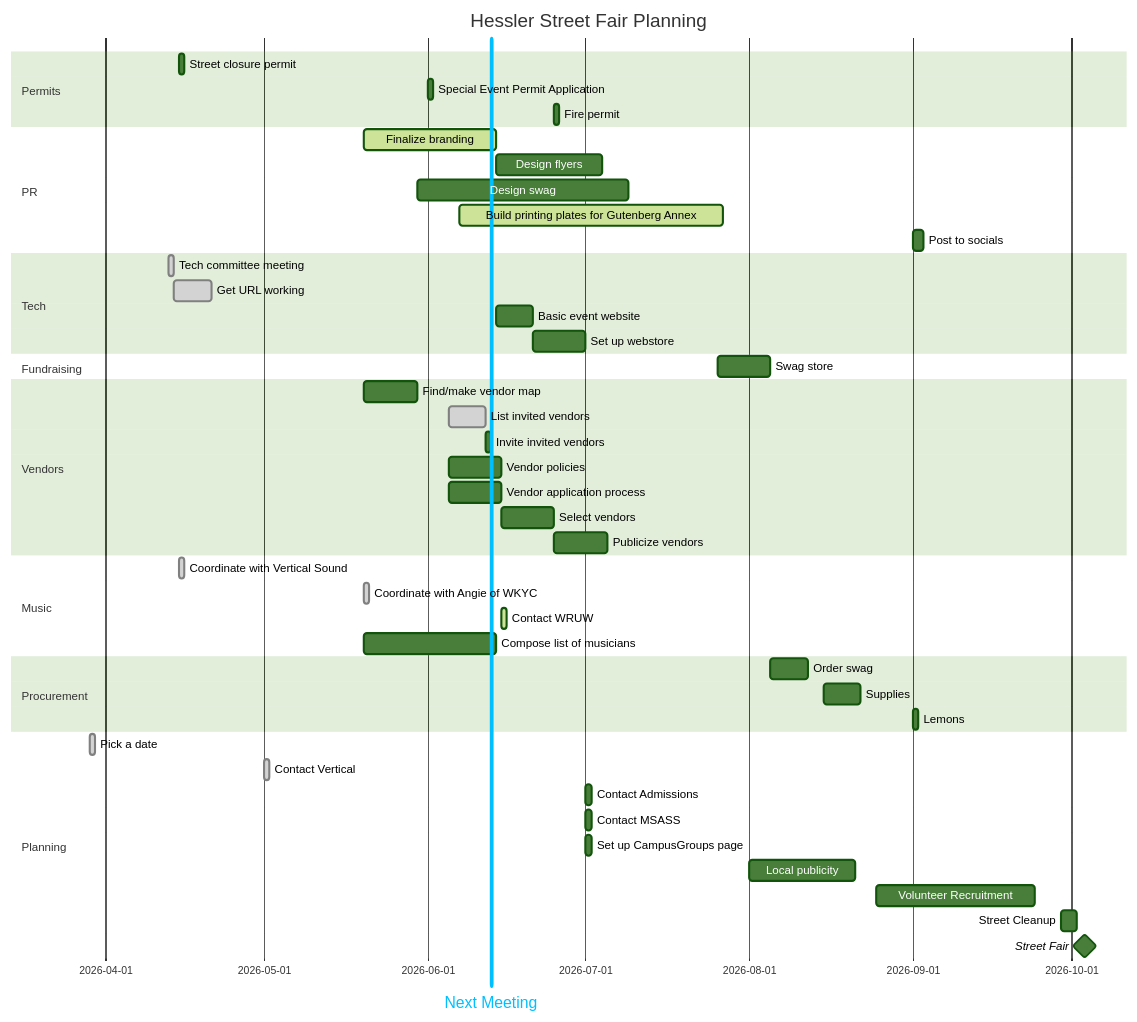
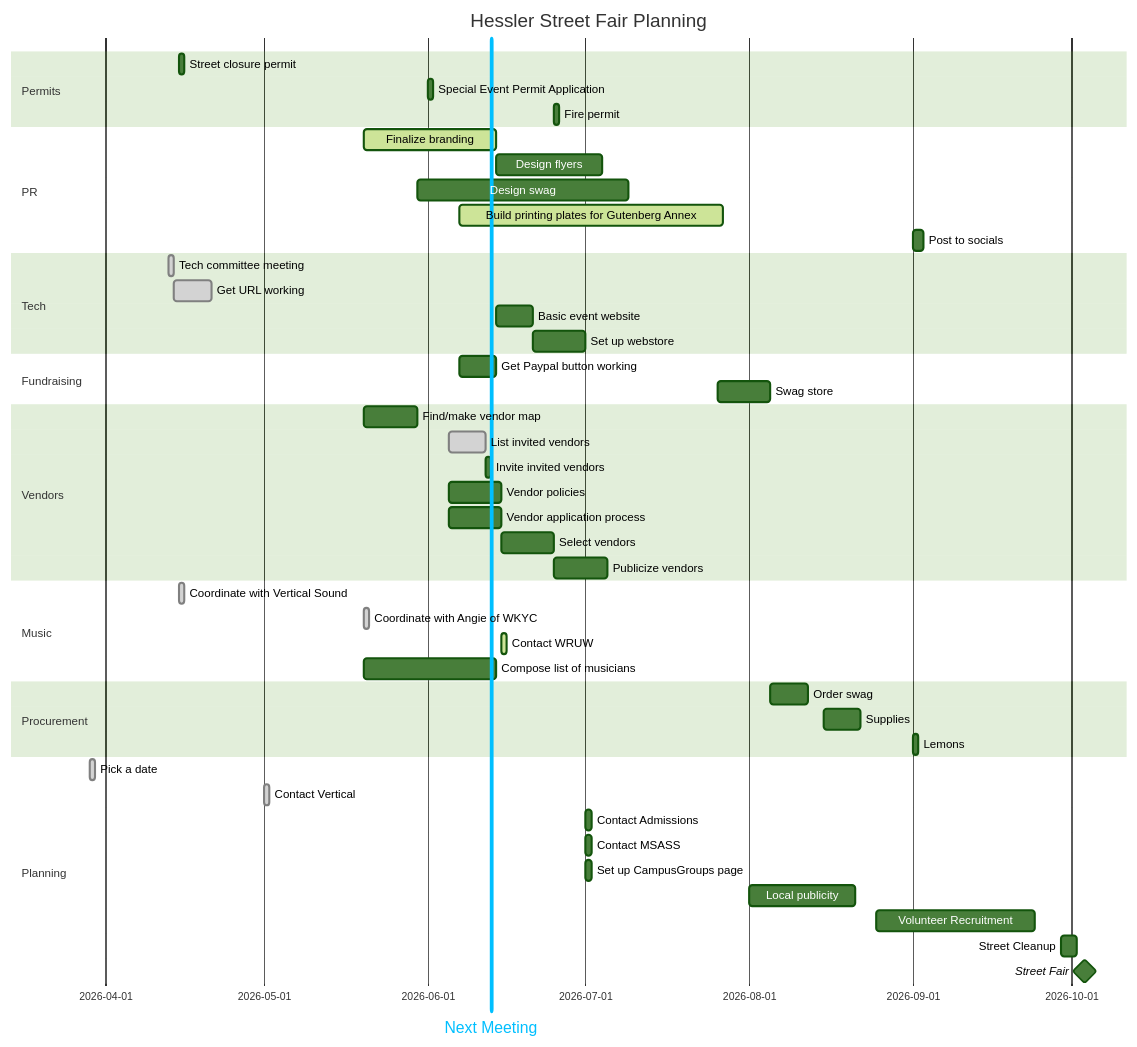
The first of 2 diagrams in files/fairplan.md (KCollins/KCollins.github.io), drawn with Mermaid before and after one commit.

````diff
--- a/files/fairplan.md
+++ b/files/fairplan.md
@@ -1,53 +1,54 @@
 ```mermaid
 %%{init: {'theme': 'forest'}}%%
 gantt
     title  Hessler Street Fair Planning
     dateFormat YYYY-MM-DD
     section Permits
             Street closure permit    :streetpermit, 2026-04-15, 1d
             Special Event Permit Application    :eventpermit, 2026-06-01, 1d
             Fire permit    :firepermit, after vendorselect eventpermit, 1d
 
     section PR
             Finalize branding :active, brand, 2026-05-20, 25d
             Design flyers : flyers, after brand, 20d
             Design swag    : designswag, 2026-05-30, 40d
             Build printing plates for Gutenberg Annex: active, 3dplates, 2026-06-07, 50d
             Post to socials: socials, 2026-09-01, 2d
     section Tech
             Tech committee meeting: done, techmeet, 2026-04-13, 1d
             Get URL working:done, url, after techmeet, 7d
             Basic event website: basicsite, after brand, 7d
             Set up webstore: webstore, after basicsite, 10d
     section Fundraising
+            Get Paypal button working: paypal, 2026-06-07, 7d
             Swag store    :swagstore, after designswag webstore swag, 10d
     section Vendors
             Find/make vendor map: vendormap, 2026-05-20, 10d
             List invited vendors: done, invitelist, 2026-06-05, 7d
             Invite invited vendors: invite, after invitelist eventpermit, 1d
             Vendor policies: policy, 2026-06-05, 10d
             Vendor application process: vendorapp, 2026-06-05, 10d
             Select vendors: vendorselect, after invitelist vendorapp, 10d
             Publicize vendors: vendor-announce, after vendorselect, 10d
     section Music
             Coordinate with Vertical Sound    :done, vertical, 2026-04-15, 1d
             Coordinate with Angie of WKYC    : done, wkyc, 2026-05-20, 1d
             Contact WRUW:active,  wruw, 2026-06-15, 1d
             Compose list of musicians: musiclist, 2026-05-20, 25d
     section Procurement
             Order swag:   swag, after swagstore, 7d
             Supplies: supplies, 2026-08-15, 7d
             Lemons: lemons, 2026-09-01, 1d
     section Planning
             Pick a date :done, pick, 2026-03-29, 1d
             Next Meeting :vert, v1, 2026-06-13, 0d
             Contact Vertical: done, vertical, 2026-05-01, 1d
             Contact Admissions: admissions, 2026-07-01, 1d
             Contact MSASS: msass, 2026-07-01, 1d
             Set up CampusGroups page: campusgroups, 2026-07-01, 1d
             Local publicity: publicize, 2026-08-01, 20d
             Volunteer Recruitment: recruit, 2026-08-25, 30d
             Street Cleanup: cleanup, 2026-09-29, 3d
             Street Fair        :milestone, streetfair, 2026-10-03, 1d
 
 ```
````
